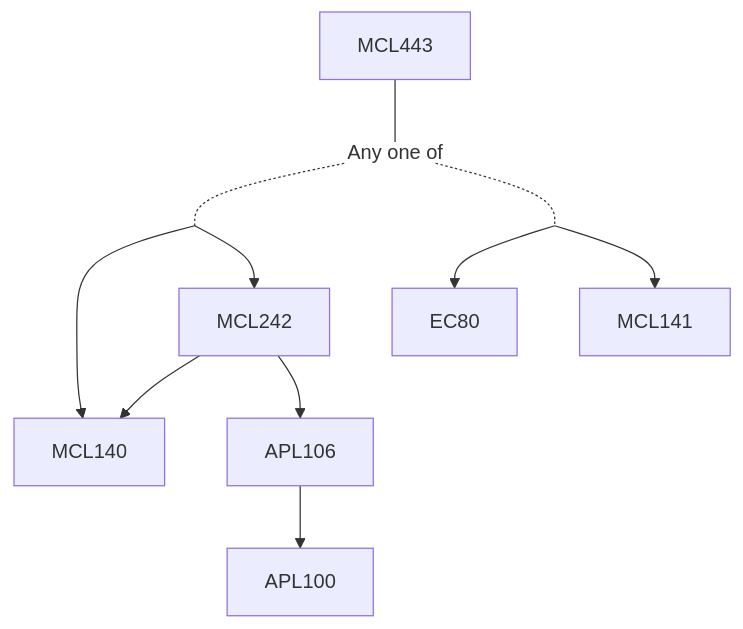
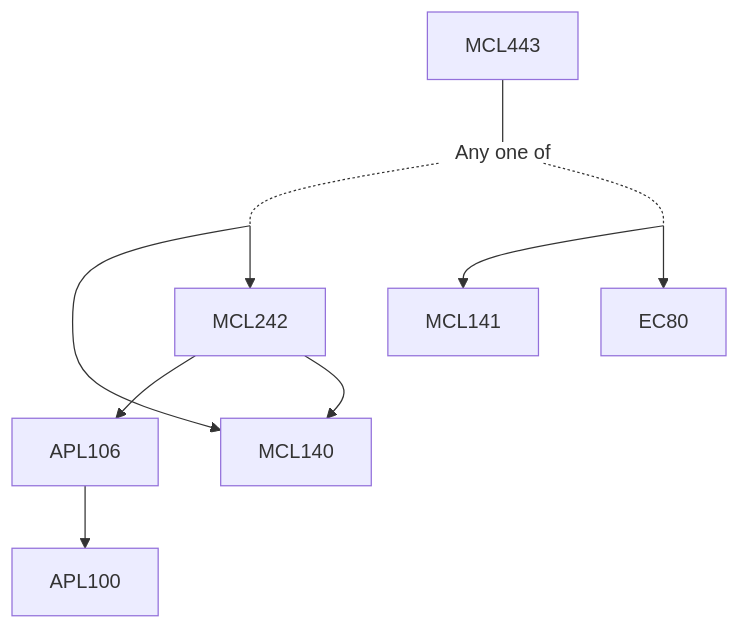
Before and after one commit to KeshavBansal0122/CoS_Website: the diagram in content/Mechanical Engineering/MCL443.md, drawn with Mermaid. The commit also changed other lines of this file and 2662 other files, not shown here.

````diff
--- a/content/Mechanical Engineering/MCL443.md
+++ b/content/Mechanical Engineering/MCL443.md
@@ -15,17 +15,17 @@
 ```mermaid
 flowchart TD
 MCL443-1447[MCL443]
 MCL443-1447 --- Or1448[Any one of]:::empty
 Or1448 -.- and1449[ ]:::trueEmpty
-MCL242-1449 --> MCL140-1449[MCL140]
 MCL242-1449 --> APL106-1449[APL106]
 and1449 --> MCL140-1449[MCL140]
+and1449 --> MCL242-1449[MCL242]
 APL106-1449 --> APL100-1449[APL100]
-and1449 --> MCL242-1449[MCL242]
+MCL242-1449 --> MCL140-1449[MCL140]
 Or1448 -.- and1450[ ]:::trueEmpty
+and1450 --> MCL141-1450[MCL141]
 and1450 --> EC80-1450[EC80]
-and1450 --> MCL141-1450[MCL141]
 
 classDef empty height:17px, fill:transparent, stroke:transparent;
 classDef trueEmpty height:0px, width:0px;
 ```
````
